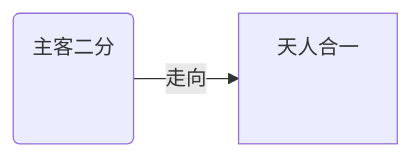
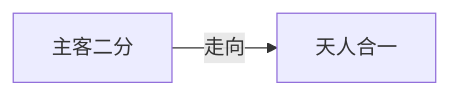
Before and after one commit to erowz/erowz.github.io: the diagram in _posts/xxbj/2020-11-10-mxbj.md, drawn with Mermaid.

Commit message:
是

````diff
--- a/_posts/xxbj/2020-11-10-mxbj.md
+++ b/_posts/xxbj/2020-11-10-mxbj.md
@@ -55,5 +55,5 @@
 ```mermaid
 graph LR
-A(主客二分<br><br><br>)
-A -->|走向| B[天人合一<br><br><br>]
+A[主客二分]
+A -->|走向| B[天人合一]
 ```  
````
